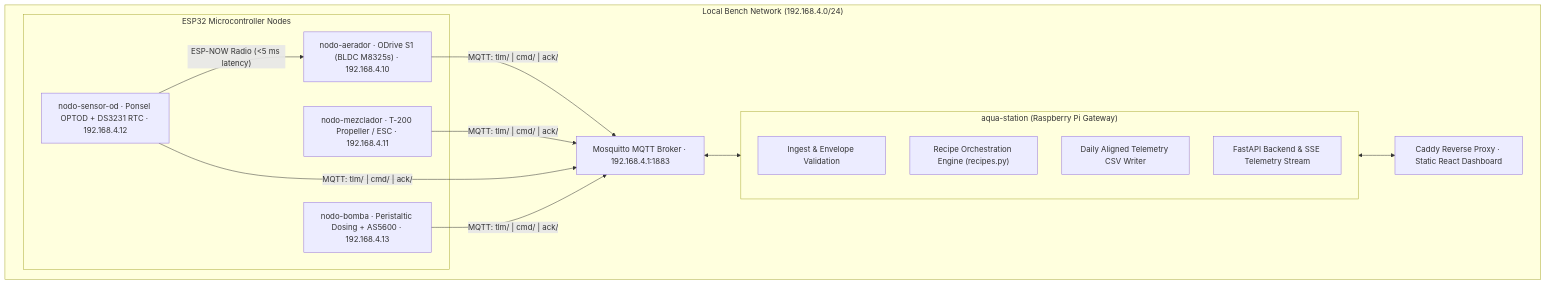
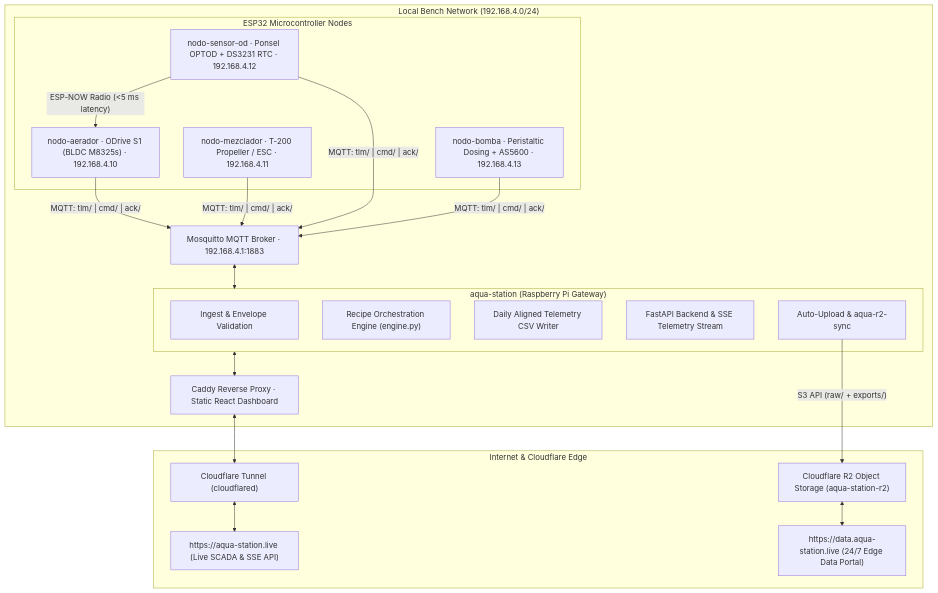
Before and after one commit to YetAnotherUser24/aqua: the diagram in AGENTS.md, drawn with Mermaid. The commit also changed other lines of this file and 10 other files, not shown here.

Commit message:
feat(aqua-station): configure Cloudflare R2 sync, edge telemetry portal, and export history modal

````diff
--- a/AGENTS.md
+++ b/AGENTS.md
@@ -11,24 +11,34 @@
 ```mermaid
 flowchart TB
   subgraph LAN["Local Bench Network (192.168.4.0/24)"]
     subgraph NODES["ESP32 Microcontroller Nodes"]
       NA["nodo-aerador · ODrive S1 (BLDC M8325s) · 192.168.4.10"]
       NM["nodo-mezclador · T-200 Propeller / ESC · 192.168.4.11"]
       NS["nodo-sensor-od · Ponsel OPTOD + DS3231 RTC · 192.168.4.12"]
       NP["nodo-bomba · Peristaltic Dosing + AS5600 · 192.168.4.13"]
     end
     MQ["Mosquitto MQTT Broker · 192.168.4.1:1883"]
     subgraph GW["aqua-station (Raspberry Pi Gateway)"]
       ING["Ingest & Envelope Validation"]
-      REC["Recipe Orchestration Engine (recipes.py)"]
+      REC["Recipe Orchestration Engine (engine.py)"]
       CSV["Daily Aligned Telemetry CSV Writer"]
       API["FastAPI Backend & SSE Telemetry Stream"]
+      R2SYNC["Auto-Upload & aqua-r2-sync"]
     end
     CD["Caddy Reverse Proxy · Static React Dashboard"]
+  end
+
+  subgraph WAN["Internet & Cloudflare Edge"]
+    CFT["Cloudflare Tunnel (cloudflared)"]
+    DOM_LIVE["https://aqua-station.live (Live SCADA & SSE API)"]
+    R2["Cloudflare R2 Object Storage (aqua-station-r2)"]
+    DOM_DATA["https://data.aqua-station.live (24/7 Edge Data Portal)"]
   end
 
   NS -->|"ESP-NOW Radio (<5 ms latency)"| NA
   NA & NM & NS & NP -->|"MQTT: tlm/ | cmd/ | ack/"| MQ
   MQ <--> GW
   GW <--> CD
+  CD <--> CFT <--> DOM_LIVE
+  R2SYNC -->|"S3 API (raw/ + exports/)"| R2 <--> DOM_DATA
 ```
````
